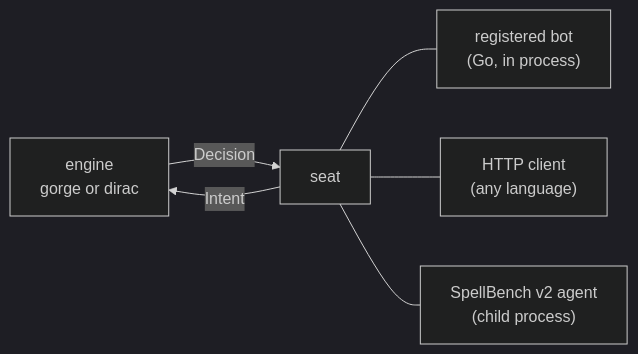
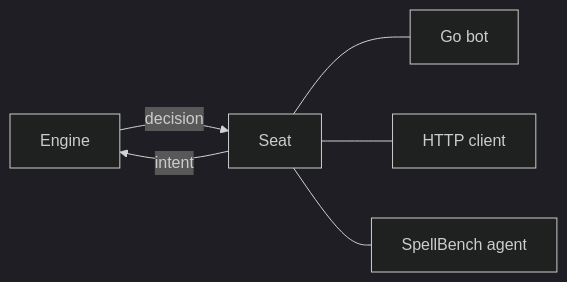
Before and after one commit to adams-shaun/gorge: the diagram in docs/site/bots/index.md, drawn with Mermaid (dark theme). The commit also changed other lines of this file and 3 other files, not shown here.

````diff
--- a/docs/site/bots/index.md
+++ b/docs/site/bots/index.md
@@ -7,8 +7,8 @@
 ```mermaid
 flowchart LR
-  E["engine<br/>gorge or dirac"] -- "Decision" --> S["seat"]
-  S -- "Intent" --> E
-  S --- B["registered bot<br/>(Go, in process)"]
-  S --- H["HTTP client<br/>(any language)"]
-  S --- V["SpellBench v2 agent<br/>(child process)"]
+  E["Engine"] -- decision --> S["Seat"]
+  S -- intent --> E
+  S --- B["Go bot"]
+  S --- H["HTTP client"]
+  S --- V["SpellBench agent"]
 ```
````
